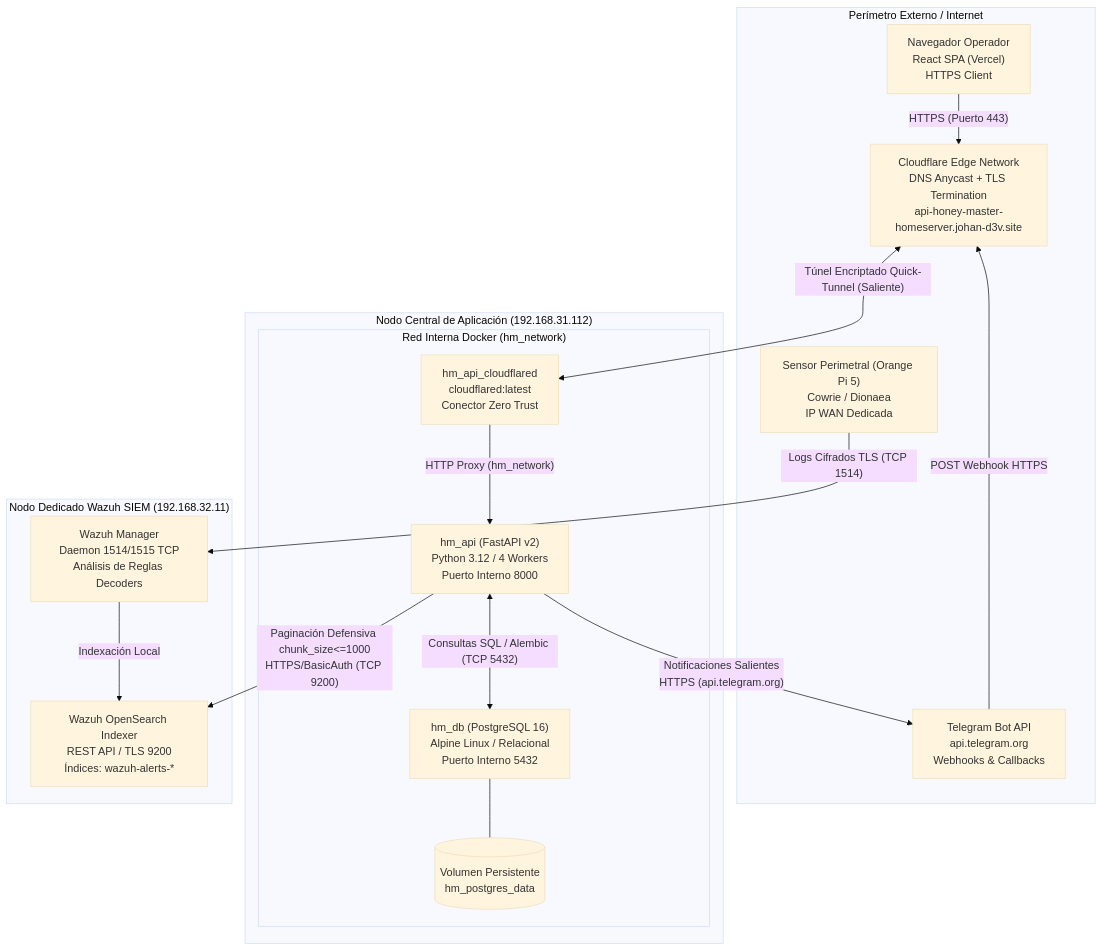
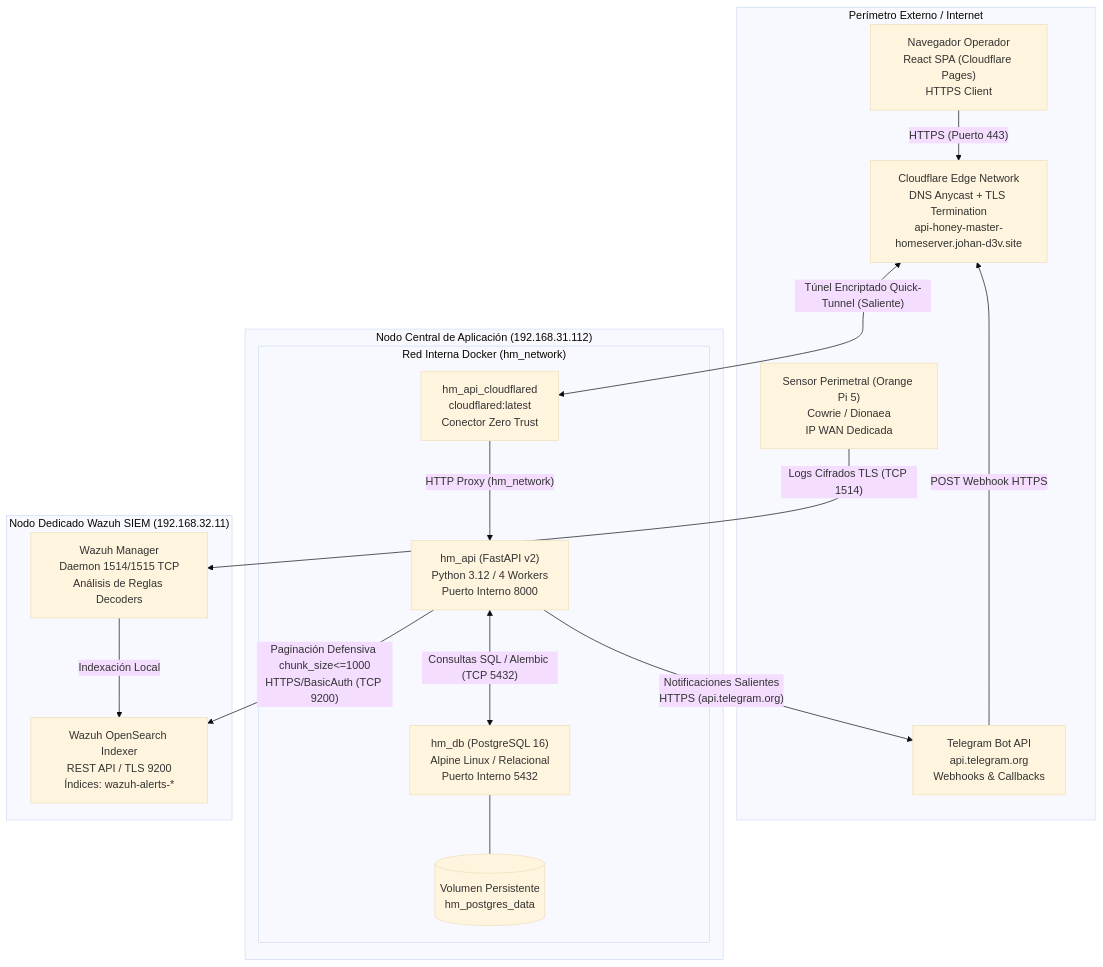
Before and after one commit to johanP051/honeymetrics-documentacion: the first of 3 diagrams in docs/guia-despliegue.md, drawn with Mermaid (base theme). The commit also changed 2 other files, not shown here.

Commit message:
docs: sincronizar 7 tablas fisicas, catalogo endpoints MFA y eliminar builtin function id (#11)

````diff
--- a/docs/guia-despliegue.md
+++ b/docs/guia-despliegue.md
@@ -63,38 +63,38 @@
 ```mermaid
 flowchart TB
     subgraph WAN ["Perímetro Externo / Internet"]
         Honeypot["Sensor Perimetral (Orange Pi 5)\nCowrie / Dionaea\nIP WAN Dedicada"]
-        Operator["Navegador Operador\nReact SPA (Vercel)\nHTTPS Client"]
+        Operator["Navegador Operador\nReact SPA (Cloudflare Pages)\nHTTPS Client"]
         TelegramCloud["Telegram Bot API\napi.telegram.org\nWebhooks & Callbacks"]
         CloudflareEdge["Cloudflare Edge Network\nDNS Anycast + TLS Termination\napi-honey-master-homeserver.johan-d3v.site"]
     end
 
     subgraph HostServer ["Nodo Central de Aplicación (192.168.31.112)"]
         subgraph DockerBridge ["Red Interna Docker (hm_network)"]
             Cloudflared["hm_api_cloudflared\ncloudflared:latest\nConector Zero Trust"]
             FastAPI["hm_api (FastAPI v2)\nPython 3.12 / 4 Workers\nPuerto Interno 8000"]
             PostgreSQL["hm_db (PostgreSQL 16)\nAlpine Linux / Relacional\nPuerto Interno 5432"]
             DataVolume[("Volumen Persistente\nhm_postgres_data")]
         end
     end
 
     subgraph SIEMNode ["Nodo Dedicado Wazuh SIEM (192.168.32.11)"]
         WazuhIndexer["Wazuh OpenSearch Indexer\nREST API / TLS 9200\nÍndices: wazuh-alerts-*"]
         WazuhManager["Wazuh Manager\nDaemon 1514/1515 TCP\nAnálisis de Reglas Decoders"]
     end
 
     Honeypot -->|"Logs Cifrados TLS (TCP 1514)"| WazuhManager
     WazuhManager -->|"Indexación Local"| WazuhIndexer
 
     Operator -->|"HTTPS (Puerto 443)"| CloudflareEdge
     TelegramCloud -->|"POST Webhook HTTPS"| CloudflareEdge
 
     CloudflareEdge <-->|"Túnel Encriptado Quick-Tunnel (Saliente)"| Cloudflared
     Cloudflared -->|"HTTP Proxy (hm_network)"| FastAPI
 
     FastAPI <-->|"Consultas SQL / Alembic (TCP 5432)"| PostgreSQL
     PostgreSQL --- DataVolume
 
     FastAPI -->|"Paginación Defensiva chunk_size<=1000\nHTTPS/BasicAuth (TCP 9200)"| WazuhIndexer
     FastAPI -->|"Notificaciones Salientes\nHTTPS (api.telegram.org)"| TelegramCloud
 ```
````
